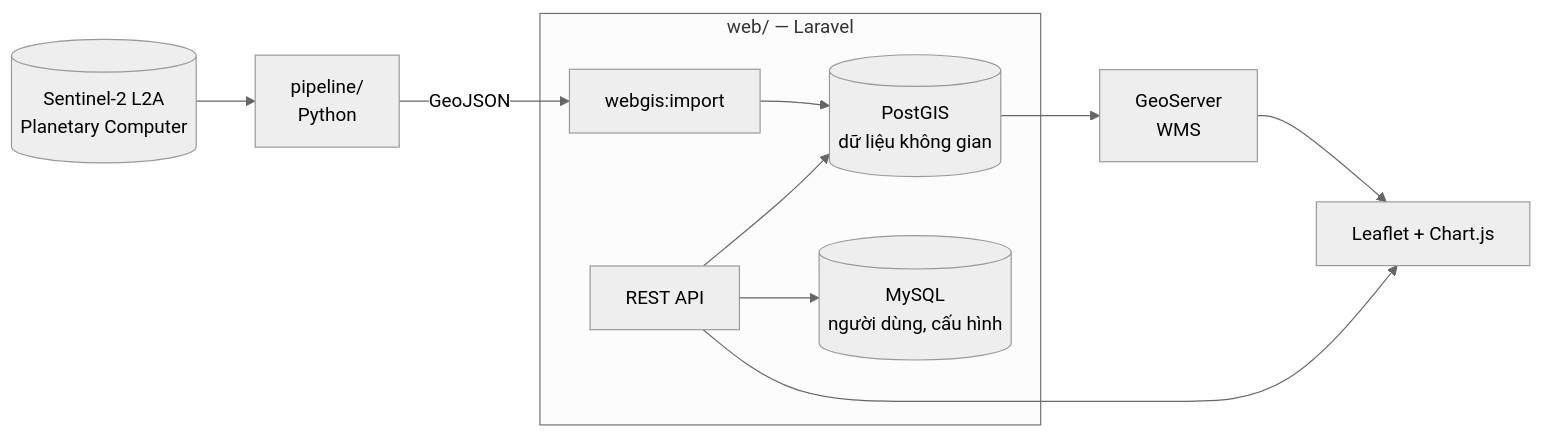
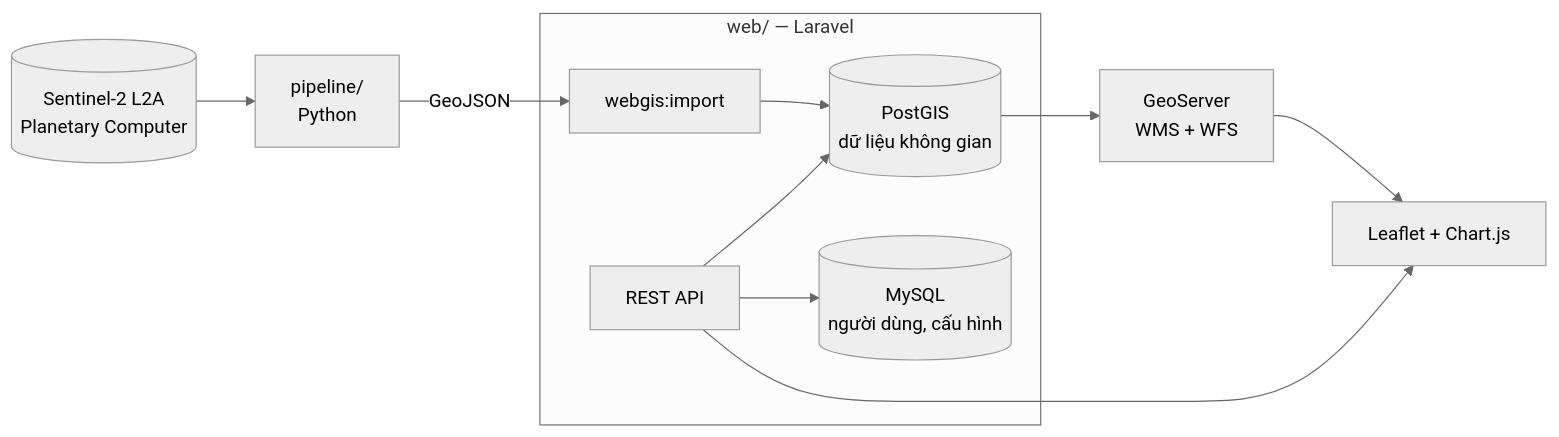
Before and after one commit to nvs15122k4/web-gis: the diagram in README.md, drawn with Mermaid (neutral theme). The commit also changed other lines of this file, not shown here.

Commit message:
docs: cập nhật kết quả, tiêu chí chốt trước và WFS trong README gốc

````diff
--- a/README.md
+++ b/README.md
@@ -47,13 +47,13 @@
 ```mermaid
 flowchart LR
     S2[(Sentinel-2 L2A<br/>Planetary Computer)] --> P[pipeline/<br/>Python]
     P -->|GeoJSON| I[webgis:import]
     subgraph web/ [web/ — Laravel]
         I --> PG[(PostGIS<br/>dữ liệu không gian)]
         API[REST API] --> PG
         API --> MY[(MySQL<br/>người dùng, cấu hình)]
     end
-    PG --> GS[GeoServer<br/>WMS]
+    PG --> GS[GeoServer<br/>WMS + WFS]
     GS --> UI[Leaflet + Chart.js]
     API --> UI
 ```
````
